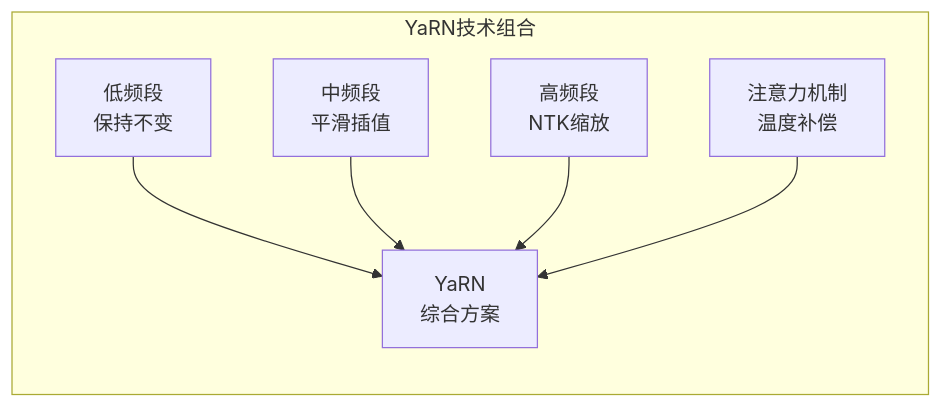
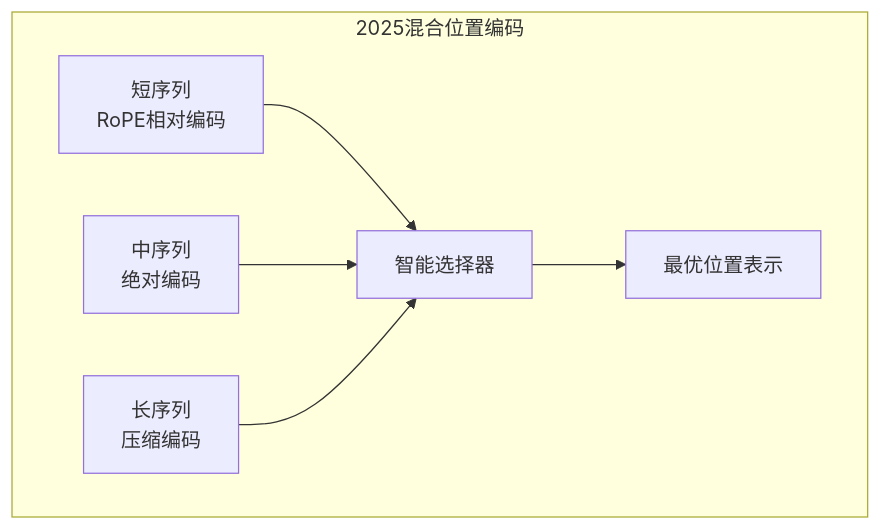
Before and after one commit to Xunzhuo/mini-sglang: the third of 5 diagrams in learning/website/docs/basics/22-long-context.md, drawn with Mermaid. The commit also changed other lines of this file and 5 other files, not shown here.

````diff
--- a/learning/website/docs/basics/22-long-context.md
+++ b/learning/website/docs/basics/22-long-context.md
@@ -184,9 +250,9 @@
 ```mermaid
-graph LR
-    subgraph YaRN技术组合
-        A[低频段<br>保持不变] --> Y[YaRN<br>综合方案]
-        B[中频段<br>平滑插值] --> Y
-        C[高频段<br>NTK缩放] --> Y
-        D[注意力机制<br>温度补偿] --> Y
+graph TB
+    subgraph "2025混合位置编码"
+        Short[短序列<br>RoPE相对编码] --> Mix[智能选择器]
+        Mid[中序列<br>绝对编码] --> Mix
+        Long[长序列<br>压缩编码] --> Mix
+        Mix --> Output[最优位置表示]
     end
 ```
````
